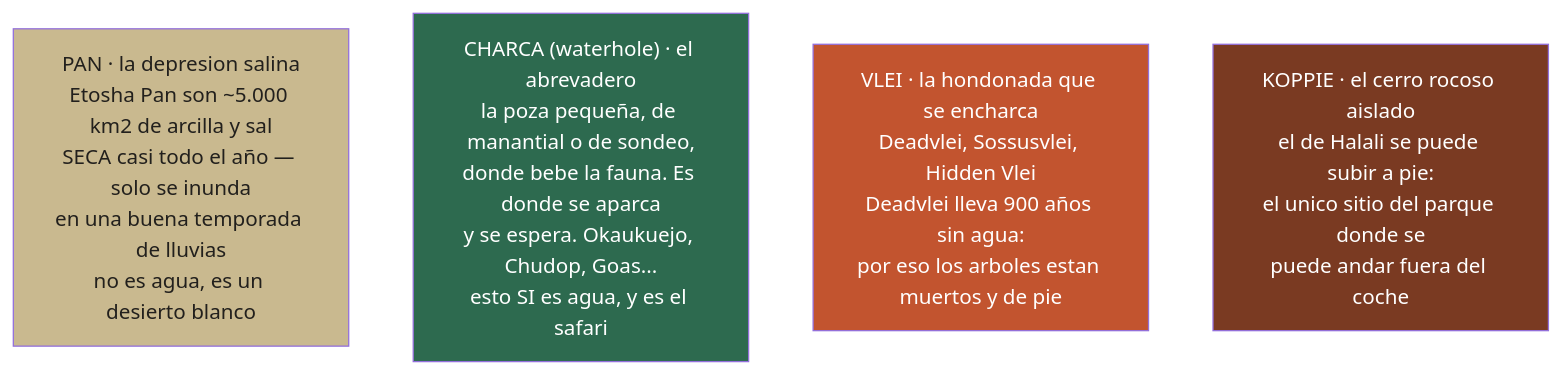
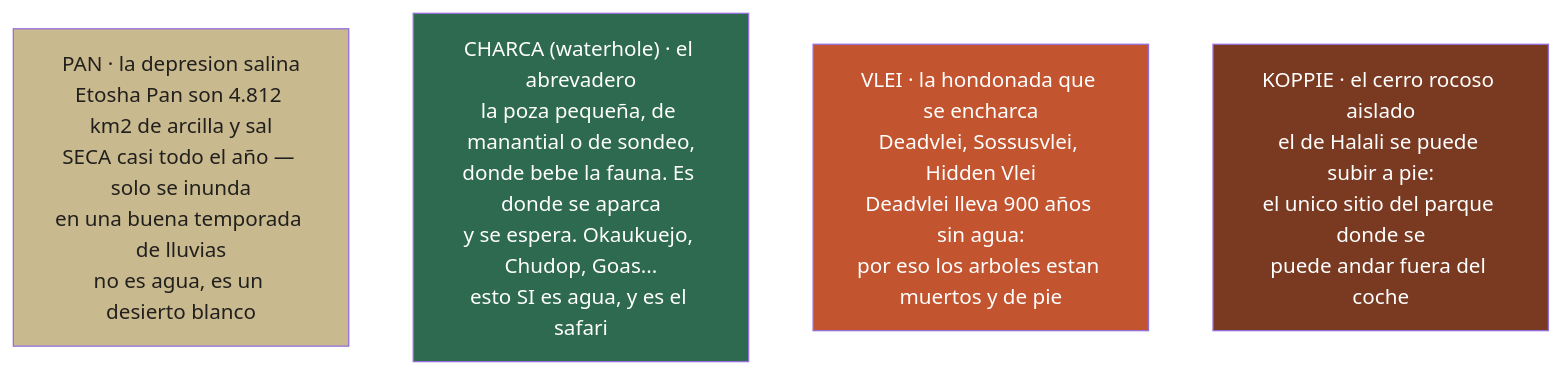
One commit to morandeirachema/namibia changed the fifth of 6 diagrams in README.md. Above: the diagram before and after it, drawn with Mermaid. The commit also changed other lines of this file and 3 other files, not shown here.

First line of the commit message:
Las lluvias son mejor noticia de lo que el README decía, y el ±0,04 del ERA5 no es lo que parecía

````diff
--- a/README.md
+++ b/README.md
@@ -527,11 +537,11 @@
 ```mermaid
 flowchart TD
-    P["PAN · la depresion salina<br/>Etosha Pan son ~5.000 km2 de arcilla y sal<br/>SECA casi todo el año — solo se inunda<br/>en una buena temporada de lluvias<br/>no es agua, es un desierto blanco"]
+    P["PAN · la depresion salina<br/>Etosha Pan son 4.812 km2 de arcilla y sal<br/>SECA casi todo el año — solo se inunda<br/>en una buena temporada de lluvias<br/>no es agua, es un desierto blanco"]
     C["CHARCA (waterhole) · el abrevadero<br/>la poza pequeña, de manantial o de sondeo,<br/>donde bebe la fauna. Es donde se aparca<br/>y se espera. Okaukuejo, Chudop, Goas...<br/>esto SI es agua, y es el safari"]
     V["VLEI · la hondonada que se encharca<br/>Deadvlei, Sossusvlei, Hidden Vlei<br/>Deadvlei lleva 900 años sin agua:<br/>por eso los arboles estan muertos y de pie"]
     K["KOPPIE · el cerro rocoso aislado<br/>el de Halali se puede subir a pie:<br/>el unico sitio del parque donde se<br/>puede andar fuera del coche"]
     style P fill:#c9b98f,color:#22201d
     style C fill:#2d6a4f,color:#fff
     style V fill:#C2542F,color:#fff
     style K fill:#7a3a22,color:#fff
 ```
````
